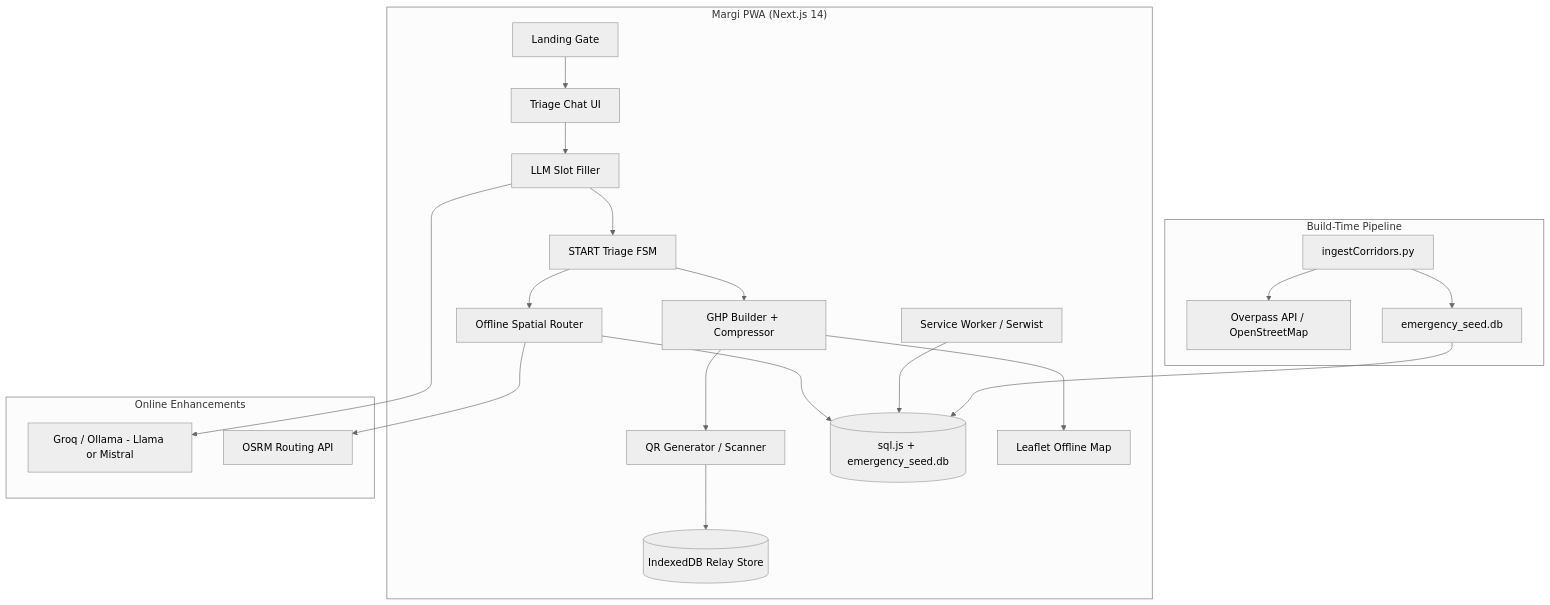
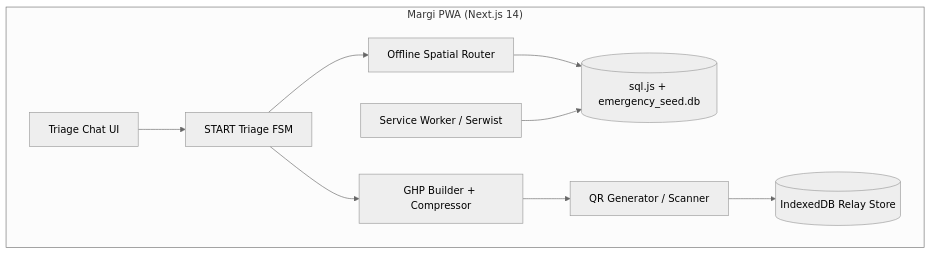
One commit to Stormynubee/novadrive changed the sixth of 7 diagrams in docs/MARGI_MASTER_BRIEF.md. Above: the diagram before and after it, drawn with Mermaid (neutral theme). The commit also changed other lines of this file and 38 other files, not shown here.

````diff
--- a/docs/MARGI_MASTER_BRIEF.md
+++ b/docs/MARGI_MASTER_BRIEF.md
@@ -211,43 +912,16 @@
 ```mermaid
 flowchart TB
     subgraph Client["Margi PWA (Next.js 14)"]
-        Gate[Landing Gate]
         Chat[Triage Chat UI]
-        Agent[LLM Slot Filler]
         FSM[START Triage FSM]
         Router[Offline Spatial Router]
         GHP[GHP Builder + Compressor]
         QR[QR Generator / Scanner]
         IDB[(IndexedDB Relay Store)]
         SW[Service Worker / Serwist]
         SQL[(sql.js + emergency_seed.db)]
-        Map[Leaflet Offline Map]
     end
-
-    subgraph Build["Build-Time Pipeline"]
-        Ingest[ingestCorridors.py]
-        OSM[Overpass API / OpenStreetMap]
-        DBFile[emergency_seed.db]
-    end
-
-    subgraph Online["Online Enhancements"]
-        LLM[Groq / Ollama - Llama or Mistral]
-        OSRM[OSRM Routing API]
-    end
-
-    Gate --> Chat
-    Chat --> Agent
-    Agent --> FSM
-    FSM --> Router
-    Router --> SQL
-    Router --> OSRM
-    FSM --> GHP
-    GHP --> QR
-    QR --> IDB
+    Chat --> FSM --> Router --> SQL
+    FSM --> GHP --> QR --> IDB
     SW --> SQL
-    Ingest --> OSM
-    Ingest --> DBFile
-    DBFile --> SQL
-    Agent --> LLM
-    GHP --> Map
 ```
````
